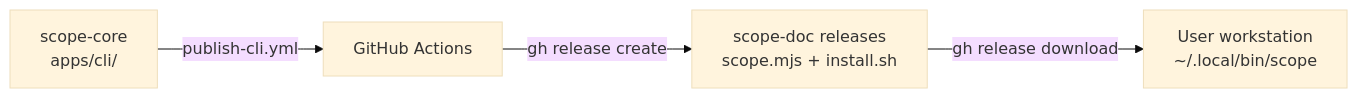
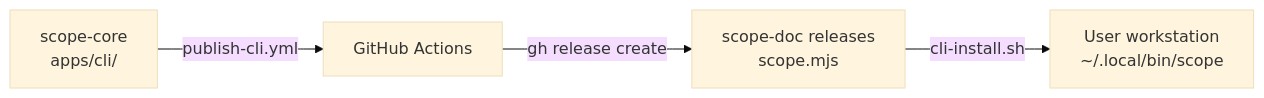
Before and after one commit to Gile987/scope: the diagram in docs/architecture/cli-distribution.md, drawn with Mermaid (base theme). The commit also changed other lines of this file and 4 other files, not shown here.

First line of the commit message:
fix: move install script to scope-doc, simplify install command

````diff
--- a/docs/architecture/cli-distribution.md
+++ b/docs/architecture/cli-distribution.md
@@ -9,6 +9,6 @@
 ```mermaid
 flowchart LR
     A[scope-core<br/>apps/cli/] -->|publish-cli.yml| B[GitHub Actions]
-    B -->|gh release create| C[scope-doc releases<br/>scope.mjs + install.sh]
-    C -->|gh release download| D[User workstation<br/>~/.local/bin/scope]
+    B -->|gh release create| C[scope-doc releases<br/>scope.mjs]
+    C -->|cli-install.sh| D[User workstation<br/>~/.local/bin/scope]
 ```
````
